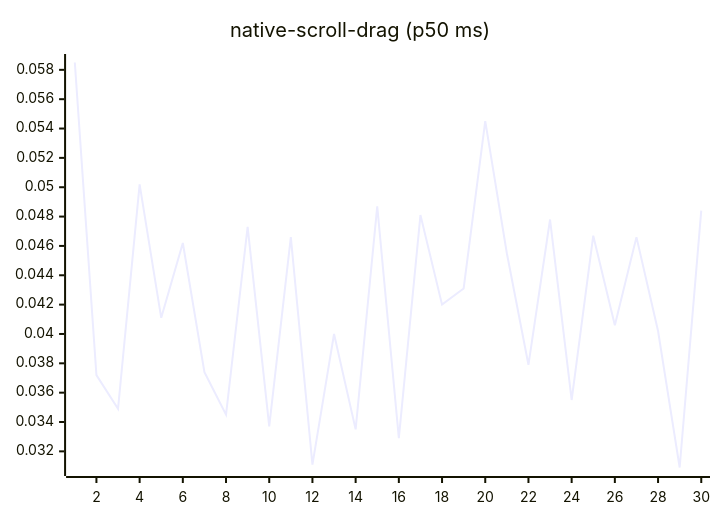
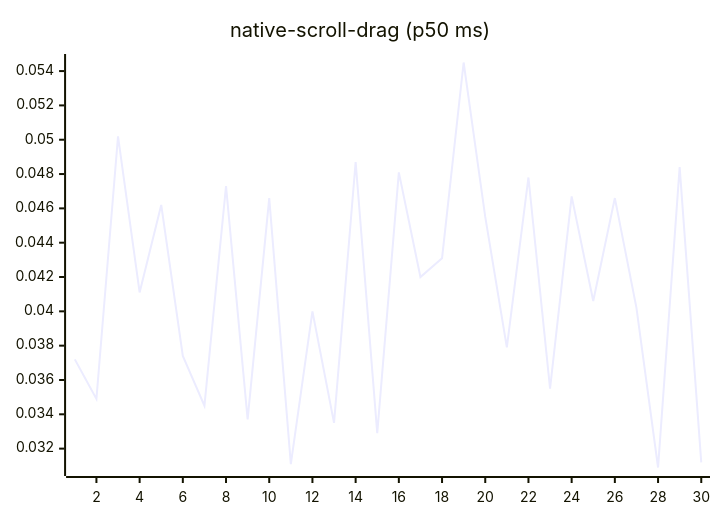
Diagram 14 of 27 in README.md (josha/Facet), drawn with Mermaid before and after one commit. The commit also changed other lines of this file and 2 other files, not shown here.

````diff
--- a/README.md
+++ b/README.md
@@ -154,6 +154,6 @@
 ```mermaid
 xychart-beta
     title "native-scroll-drag (p50 ms)"
     x-axis 1 --> 30
-    line [0.0585, 0.0372, 0.0349, 0.0502, 0.0411, 0.0462, 0.0374, 0.0345, 0.0473, 0.0337, 0.0466, 0.0311, 0.0400, 0.0335, 0.0487, 0.0329, 0.0481, 0.0420, 0.0431, 0.0545, 0.0455, 0.0379, 0.0478, 0.0355, 0.0467, 0.0406, 0.0466, 0.0402, 0.0309, 0.0484]
+    line [0.0372, 0.0349, 0.0502, 0.0411, 0.0462, 0.0374, 0.0345, 0.0473, 0.0337, 0.0466, 0.0311, 0.0400, 0.0335, 0.0487, 0.0329, 0.0481, 0.0420, 0.0431, 0.0545, 0.0455, 0.0379, 0.0478, 0.0355, 0.0467, 0.0406, 0.0466, 0.0402, 0.0309, 0.0484, 0.0312]
 ```
````
